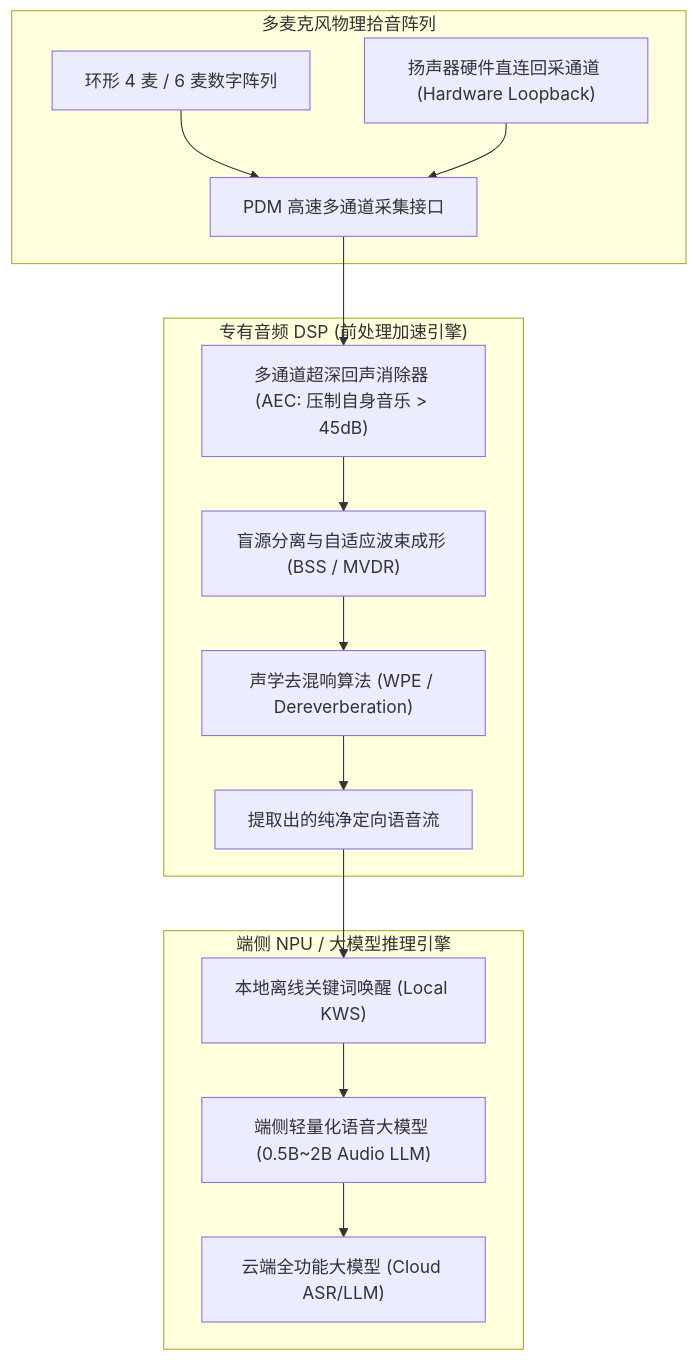
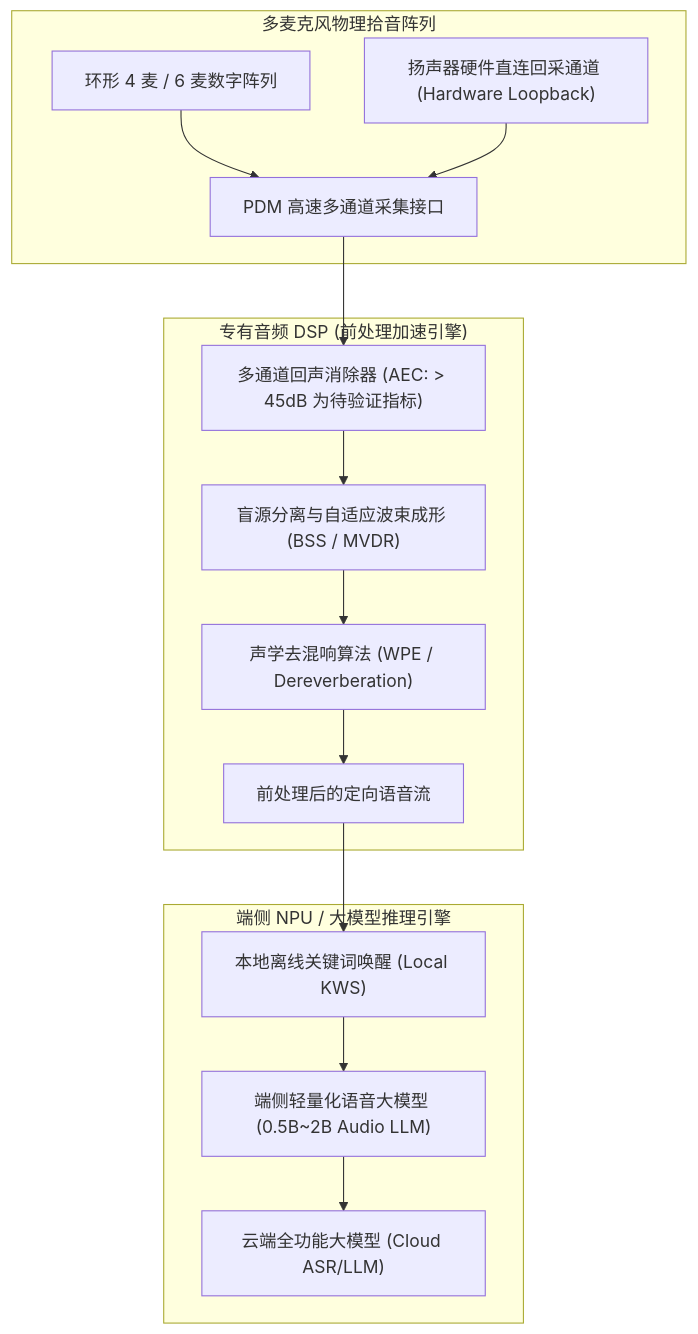
The diagram in Audio/11-Edge-Automotive-Wearable-Systems/03-smart-speaker-farfield-kws.md (YvainZhang/YvainZhang.github.io), drawn with Mermaid before and after one commit. The commit also changed other lines of this file and 190 other files, not shown here.

````diff
--- a/Audio/11-Edge-Automotive-Wearable-Systems/03-smart-speaker-farfield-kws.md
+++ b/Audio/11-Edge-Automotive-Wearable-Systems/03-smart-speaker-farfield-kws.md
@@ -16,20 +16,20 @@
 ```mermaid
 graph TD
     subgraph Acoustic_Hardware["多麦克风物理拾音阵列"]
         MIC_RING["环形 4 麦 / 6 麦数字阵列"] --> PDM_IF["PDM 高速多通道采集接口"]
         SPK_LOOPBACK["扬声器硬件直连回采通道 (Hardware Loopback)"] --> PDM_IF
     end
 
     subgraph Audio_DSP_Pipeline["专有音频 DSP (前处理加速引擎)"]
-        PDM_IF --> MULTI_AEC["多通道超深回声消除器 (AEC: 压制自身音乐 > 45dB)"]
+        PDM_IF --> MULTI_AEC["多通道回声消除器 (AEC: > 45dB 为待验证指标)"]
         MULTI_AEC --> BSS_BF["盲源分离与自适应波束成形 (BSS / MVDR)"]
         BSS_BF --> DEREVERB["声学去混响算法 (WPE / Dereverberation)"]
-        DEREVERB --> CLEAN_OUT["提取出的纯净定向语音流"]
+        DEREVERB --> CLEAN_OUT["前处理后的定向语音流"]
     end
 
     subgraph Edge_NPU_Engine["端侧 NPU / 大模型推理引擎"]
         CLEAN_OUT --> KWS_LOCAL["本地离线关键词唤醒 (Local KWS)"]
         KWS_LOCAL --> SLM["端侧轻量化语音大模型 (0.5B~2B Audio LLM)"]
         SLM --> CLOUD["云端全功能大模型 (Cloud ASR/LLM)"]
     end
 ```
````
